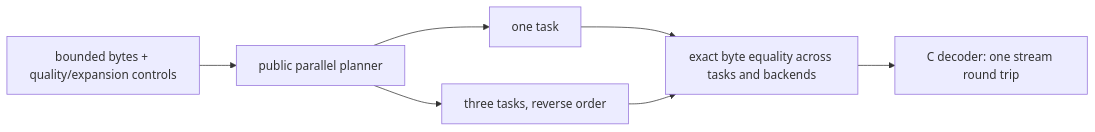
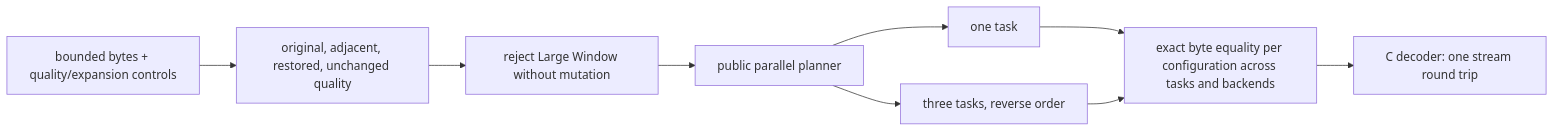
Before and after one commit to Mnwa/mbrotli: the seventh of 12 diagrams in architecture/fuzzing.md, drawn with Mermaid. The commit also changed other lines of this file and 14 other files, not shown here.

````diff
--- a/architecture/fuzzing.md
+++ b/architecture/fuzzing.md
@@ -331,9 +331,11 @@
 ```mermaid
 flowchart LR
-    Input[bounded bytes + quality/expansion controls] --> Plan[public parallel planner]
+    Input[bounded bytes + quality/expansion controls] --> Settings[original, adjacent, restored, unchanged quality]
+    Settings --> Reject[reject Large Window without mutation]
+    Reject --> Plan[public parallel planner]
     Plan --> One[one task]
     Plan --> Reverse[three tasks, reverse order]
-    One --> Equal[exact byte equality across tasks and backends]
+    One --> Equal[exact byte equality per configuration across tasks and backends]
     Reverse --> Equal
     Equal --> C[C decoder: one stream round trip]
 ```
````
